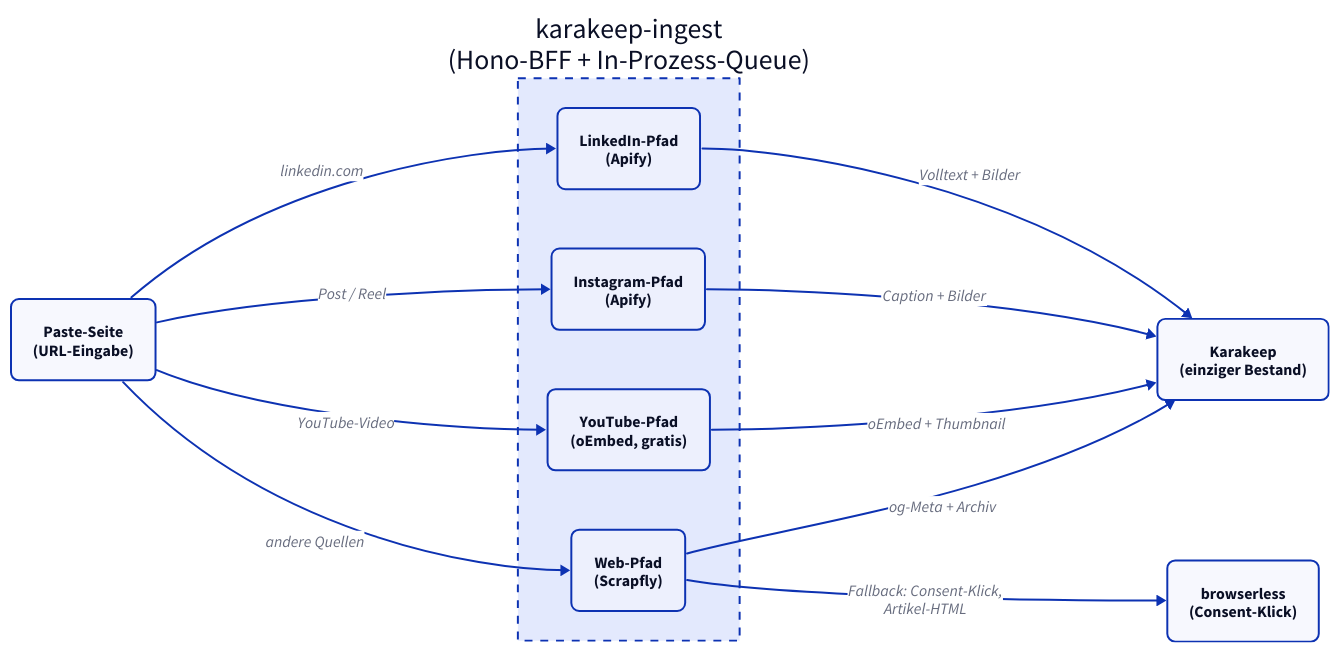
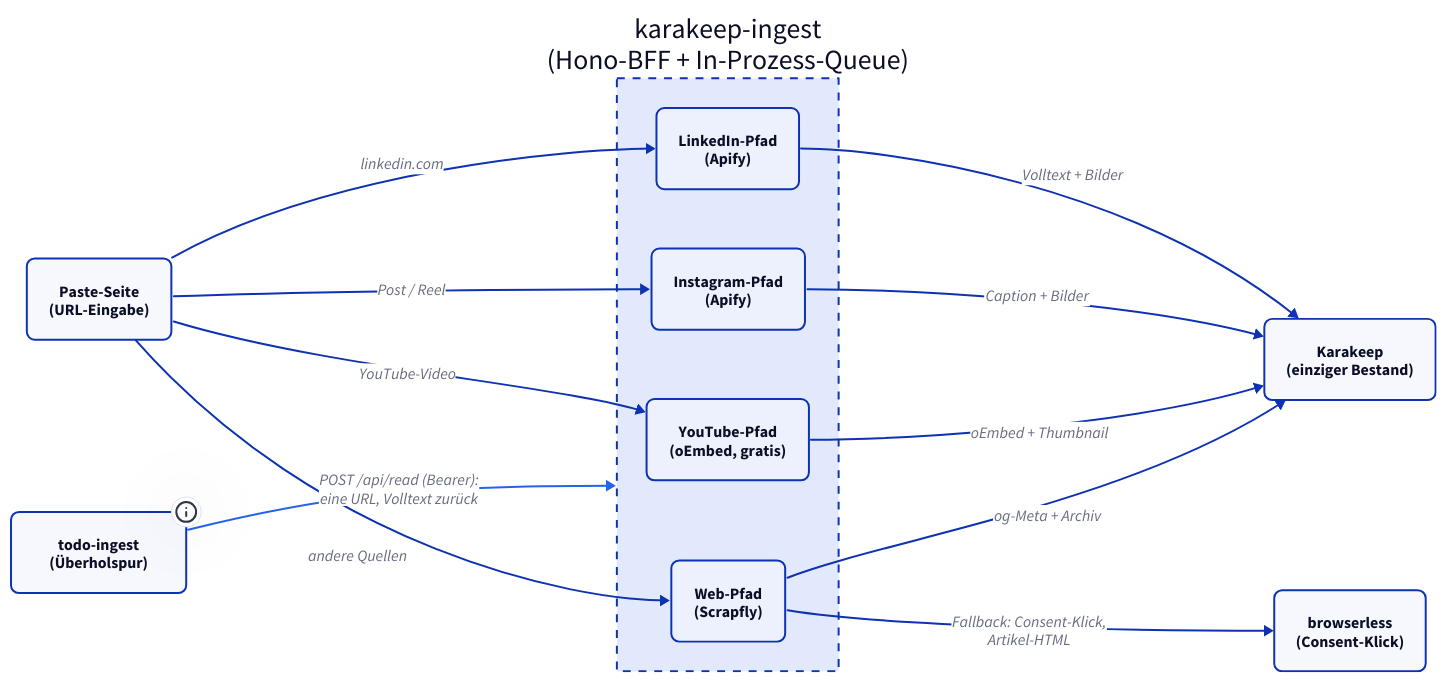
The diagram in docs/dienste/karakeep-ingest/index.md (derever-labs/homelab-wiki), drawn with D2 before and after one commit. The commit also changed other lines of this file and 1 other file, not shown here.

Commit message:
docs(karakeep-ingest): Ueberholspur fuer Einzel-Abrufe dokumentieren

````diff
--- a/docs/dienste/karakeep-ingest/index.md
+++ b/docs/dienste/karakeep-ingest/index.md
@@ -32,31 +34,37 @@
 ```d2
 classes: {
   node: { style: { border-radius: 8 } }
 }
 
 direction: right
 
 UI: "Paste-Seite\n(URL-Eingabe)" { class: node }
+
+Read: "todo-ingest\n(Überholspur)" {
+  class: node
+  tooltip: "Einzel-Abruf eines diktierten Links, Bearer-authentisiert. Leiht einen Slot des Pipeline-Pools mit Vorrang und nimmt das Karakeep-Lesezeichen als Beifang mit"
+}
 
 Ingest: "karakeep-ingest\n(Hono-BFF + In-Prozess-Queue)" {
   style.stroke-dash: 4
   LI: "LinkedIn-Pfad\n(Apify)" { class: node }
   IG: "Instagram-Pfad\n(Apify)" { class: node }
   YT: "YouTube-Pfad\n(oEmbed, gratis)" { class: node }
   WEB: "Web-Pfad\n(Scrapfly)" { class: node }
 }
 
 Karakeep: "Karakeep\n(einziger Bestand)" { class: node }
 
 BL: "browserless\n(Consent-Klick)" { class: node }
 
 UI -> Ingest.LI: "linkedin.com"
 UI -> Ingest.IG: "Post / Reel"
 UI -> Ingest.YT: "YouTube-Video"
 UI -> Ingest.WEB: "andere Quellen"
 Ingest.LI -> Karakeep: "Volltext + Bilder"
 Ingest.IG -> Karakeep: "Caption + Bilder"
 Ingest.YT -> Karakeep: "oEmbed + Thumbnail"
 Ingest.WEB -> Karakeep: "og-Meta + Archiv"
 Ingest.WEB -> BL: "Fallback: Consent-Klick,\nArtikel-HTML"
+Read -> Ingest: "POST /api/read (Bearer):\neine URL, Volltext zurück" { style.stroke: "#2563eb" }
 ```
````
